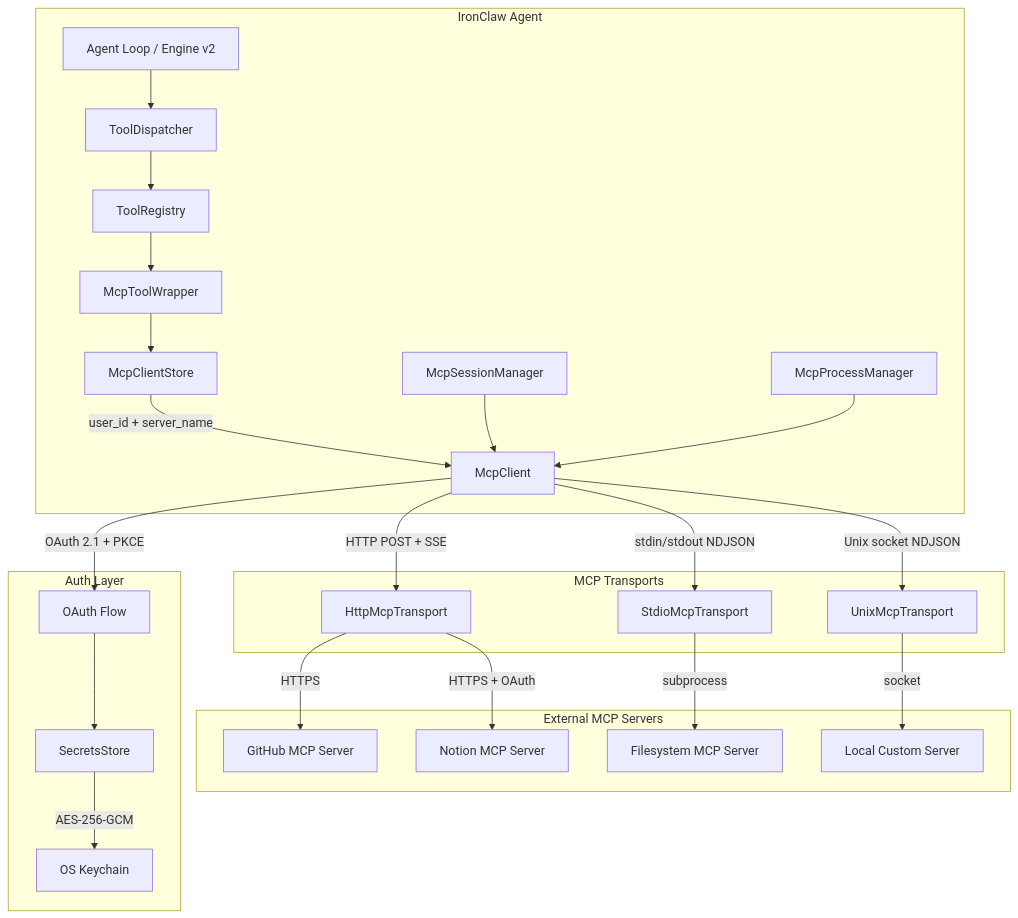
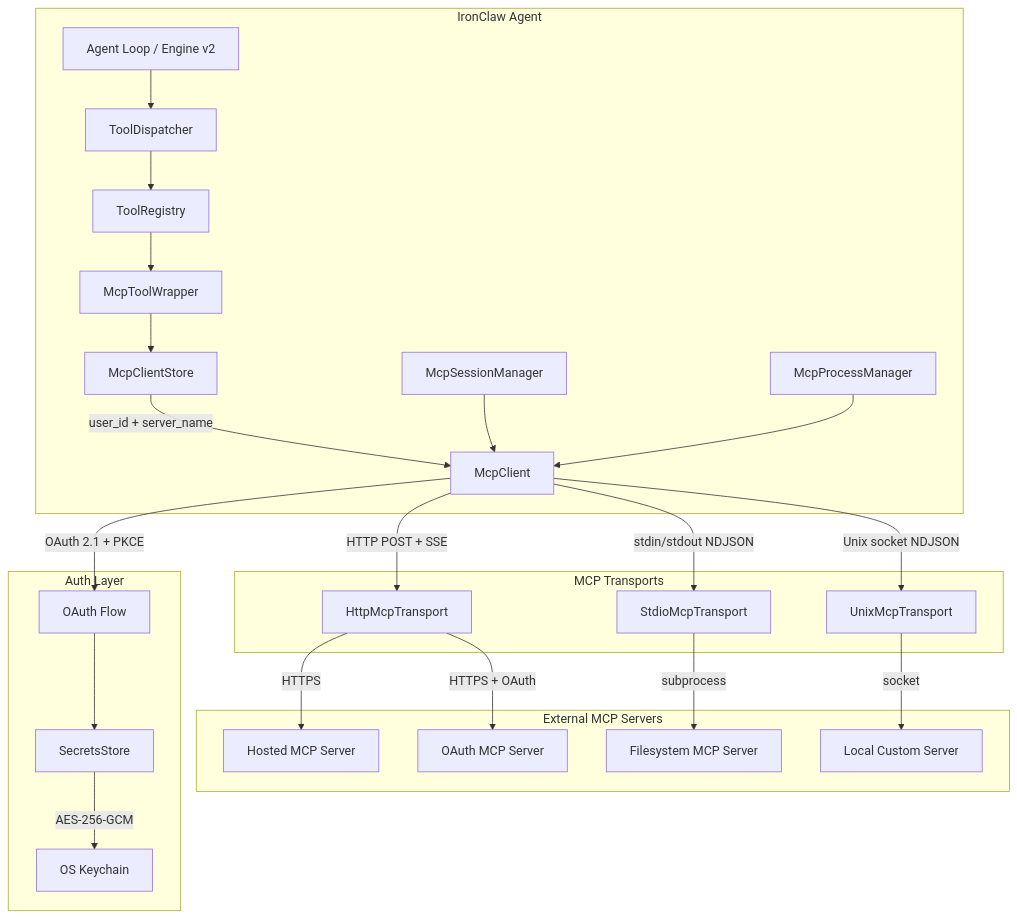
Before and after one commit to wpank/ironclaw: the first of 18 diagrams in tmp/ecosystem/mcp-editor-integration.md, drawn with Mermaid. The commit also changed other lines of this file and 121 other files, not shown here.

````diff
--- a/tmp/ecosystem/mcp-editor-integration.md
+++ b/tmp/ecosystem/mcp-editor-integration.md
@@ -97,31 +95,31 @@
 ```mermaid
 graph TB
     subgraph IronClaw Agent
         AG[Agent Loop / Engine v2] --> TD[ToolDispatcher]
         TD --> TR[ToolRegistry]
         TR --> MW[McpToolWrapper]
         MW --> CS[McpClientStore]
         CS --> |user_id + server_name| MC[McpClient]
         SM[McpSessionManager] --> MC
         PM[McpProcessManager] --> MC
     end
 
     subgraph MCP Transports
         MC --> |HTTP POST + SSE| HT[HttpMcpTransport]
         MC --> |stdin/stdout NDJSON| ST[StdioMcpTransport]
         MC --> |Unix socket NDJSON| UT[UnixMcpTransport]
     end
 
     subgraph External MCP Servers
-        HT --> |HTTPS| GH[GitHub MCP Server]
-        HT --> |HTTPS + OAuth| NO[Notion MCP Server]
+        HT --> |HTTPS| GH[Hosted MCP Server]
+        HT --> |HTTPS + OAuth| NO[OAuth MCP Server]
         ST --> |subprocess| FS[Filesystem MCP Server]
         UT --> |socket| LC[Local Custom Server]
     end
 
     subgraph Auth Layer
         MC --> |OAuth 2.1 + PKCE| OA[OAuth Flow]
         OA --> SE[SecretsStore]
         SE --> |AES-256-GCM| KS[OS Keychain]
     end
 ```
````
